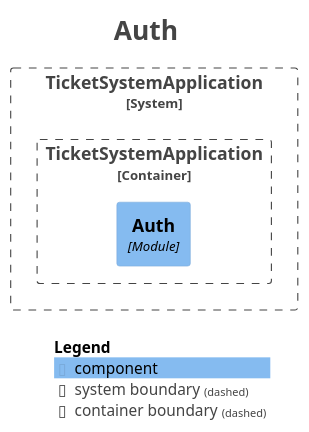
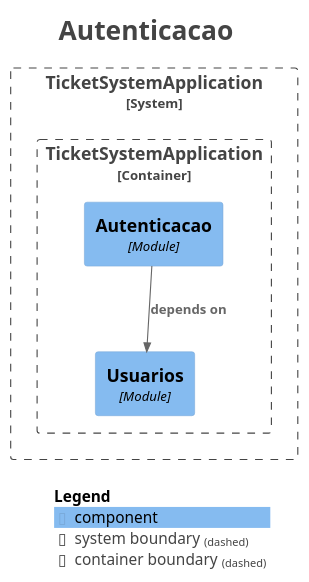
The diagram in docs/modules/module-auth.puml (AnthoniBortolotto/ticket-management-system), drawn with PlantUML before and after one commit. The commit also changed 34 other files, not shown here.

Commit message:
FEAT - add user accounts, JWT signing and the login session schema

```diff
--- a/docs/modules/module-auth.puml
+++ b/docs/modules/module-auth.puml
@@ -1,27 +1,30 @@
 @startuml
-title <size:24>Auth</size>
+title <size:24>Autenticacao</size>
 
 set separator none
 top to bottom direction
 
 <style>
   root {
     BackgroundColor: #ffffff
     FontColor: #444444
   }
 </style>
 
 !include <C4/C4>
 !include <C4/C4_Context>
 !include <C4/C4_Component>
 
 System_Boundary("TicketSystemApplication_boundary", "TicketSystemApplication", $tags="") {
   Container_Boundary("TicketSystemApplication.TicketSystemApplication_boundary", "TicketSystemApplication", $tags="") {
-    Component(TicketSystemApplication.TicketSystemApplication.Auth, "Auth", $techn="Module", $descr="", $tags="", $link="")
+    Component(TicketSystemApplication.TicketSystemApplication.Autenticacao, "Autenticacao", $techn="Module", $descr="", $tags="", $link="")
+    Component(TicketSystemApplication.TicketSystemApplication.Usuarios, "Usuarios", $techn="Module", $descr="", $tags="", $link="")
   }
 
 }
 
+Rel(TicketSystemApplication.TicketSystemApplication.Autenticacao, TicketSystemApplication.TicketSystemApplication.Usuarios, "depends on", $techn="", $tags="", $link="")
+
 SHOW_LEGEND(true)
 hide stereotypes
 @enduml
```
